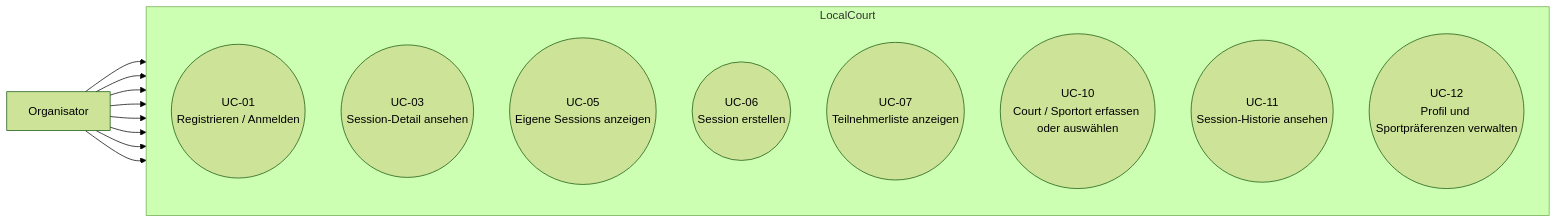
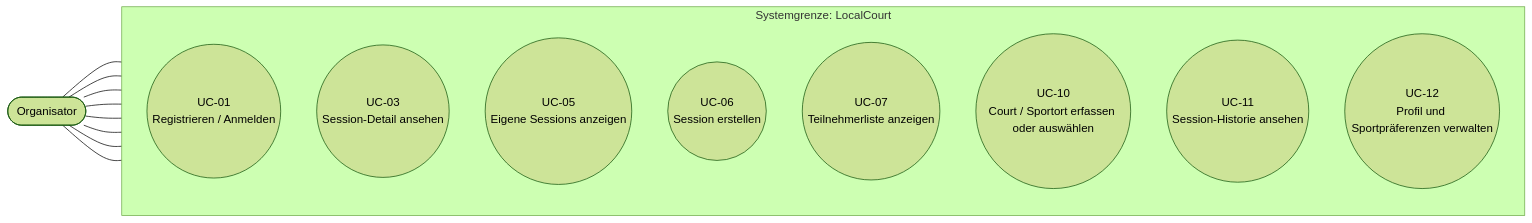
The second of 2 diagrams in docs/spec/F2-anwendungsfaelle.md (Finn5k/Wirtschaftsinformatik-Projekt-I), drawn with Mermaid (forest theme) before and after one commit. The commit also changed other lines of this file, not shown here.

Commit message:
docs(spec): refine F2 use case diagrams and references

````diff
--- a/docs/spec/F2-anwendungsfaelle.md
+++ b/docs/spec/F2-anwendungsfaelle.md
@@ -64,25 +64,25 @@
 ```mermaid
 flowchart LR
-    organisator[Organisator]
+    organisator([Organisator])
 
-    subgraph lc[LocalCourt]
+    subgraph lc["Systemgrenze: LocalCourt"]
         direction TB
-        uc01((UC-01\nRegistrieren / Anmelden))
-        uc03((UC-03\nSession-Detail ansehen))
-        uc05((UC-05\nEigene Sessions anzeigen))
-        uc06((UC-06\nSession erstellen))
-        uc07((UC-07\nTeilnehmerliste anzeigen))
-        uc10((UC-10\nCourt / Sportort erfassen oder auswählen))
-        uc11((UC-11\nSession-Historie ansehen))
-        uc12((UC-12\nProfil und Sportpräferenzen verwalten))
+        uc01(("UC-01<br/>Registrieren / Anmelden"))
+        uc03(("UC-03<br/>Session-Detail ansehen"))
+        uc05(("UC-05<br/>Eigene Sessions anzeigen"))
+        uc06(("UC-06<br/>Session erstellen"))
+        uc07(("UC-07<br/>Teilnehmerliste anzeigen"))
+        uc10(("UC-10<br/>Court / Sportort erfassen oder auswählen"))
+        uc11(("UC-11<br/>Session-Historie ansehen"))
+        uc12(("UC-12<br/>Profil und Sportpräferenzen verwalten"))
     end
 
-    organisator --> uc01
-    organisator --> uc03
-    organisator --> uc05
-    organisator --> uc06
-    organisator --> uc07
-    organisator --> uc10
-    organisator --> uc11
-    organisator --> uc12
+    organisator --- uc01
+    organisator --- uc03
+    organisator --- uc05
+    organisator --- uc06
+    organisator --- uc07
+    organisator --- uc10
+    organisator --- uc11
+    organisator --- uc12
 ```
````
